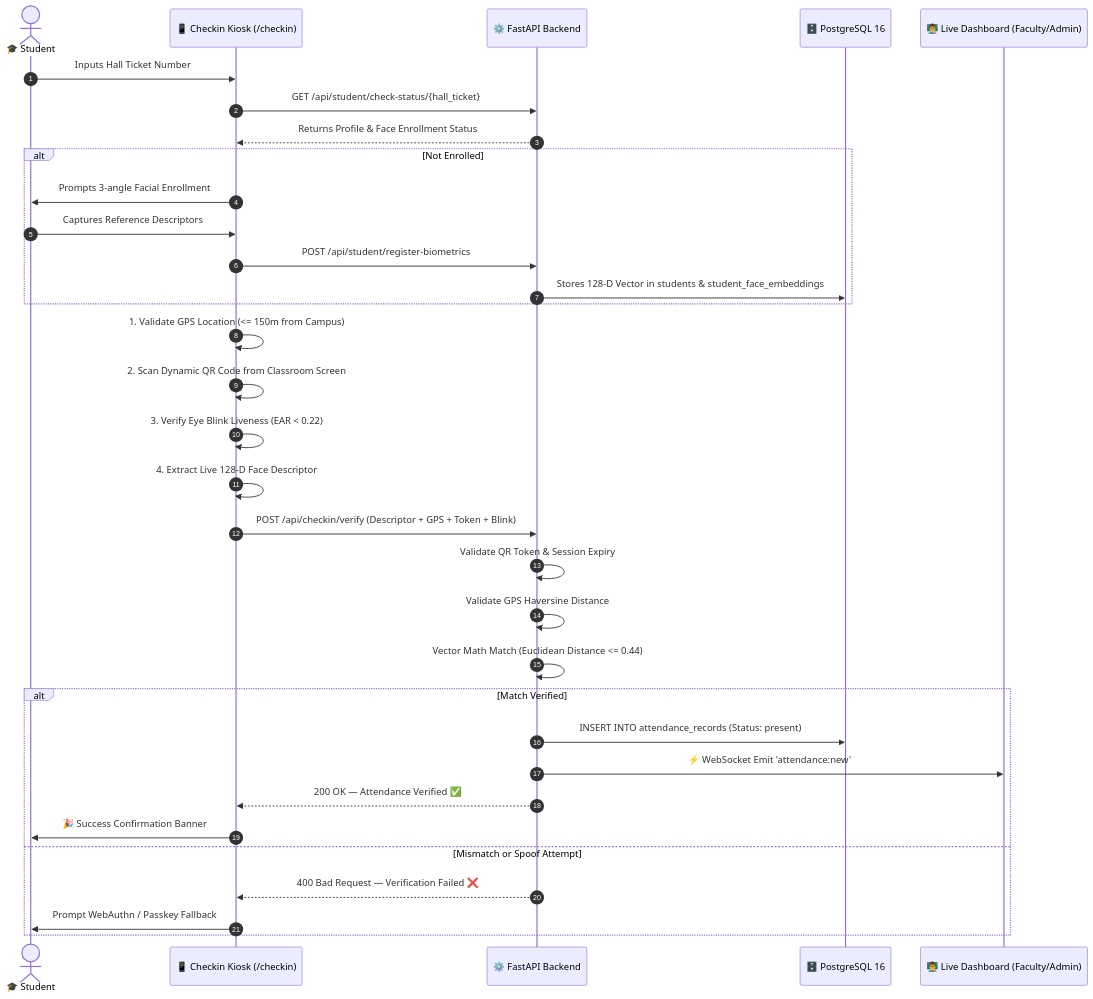
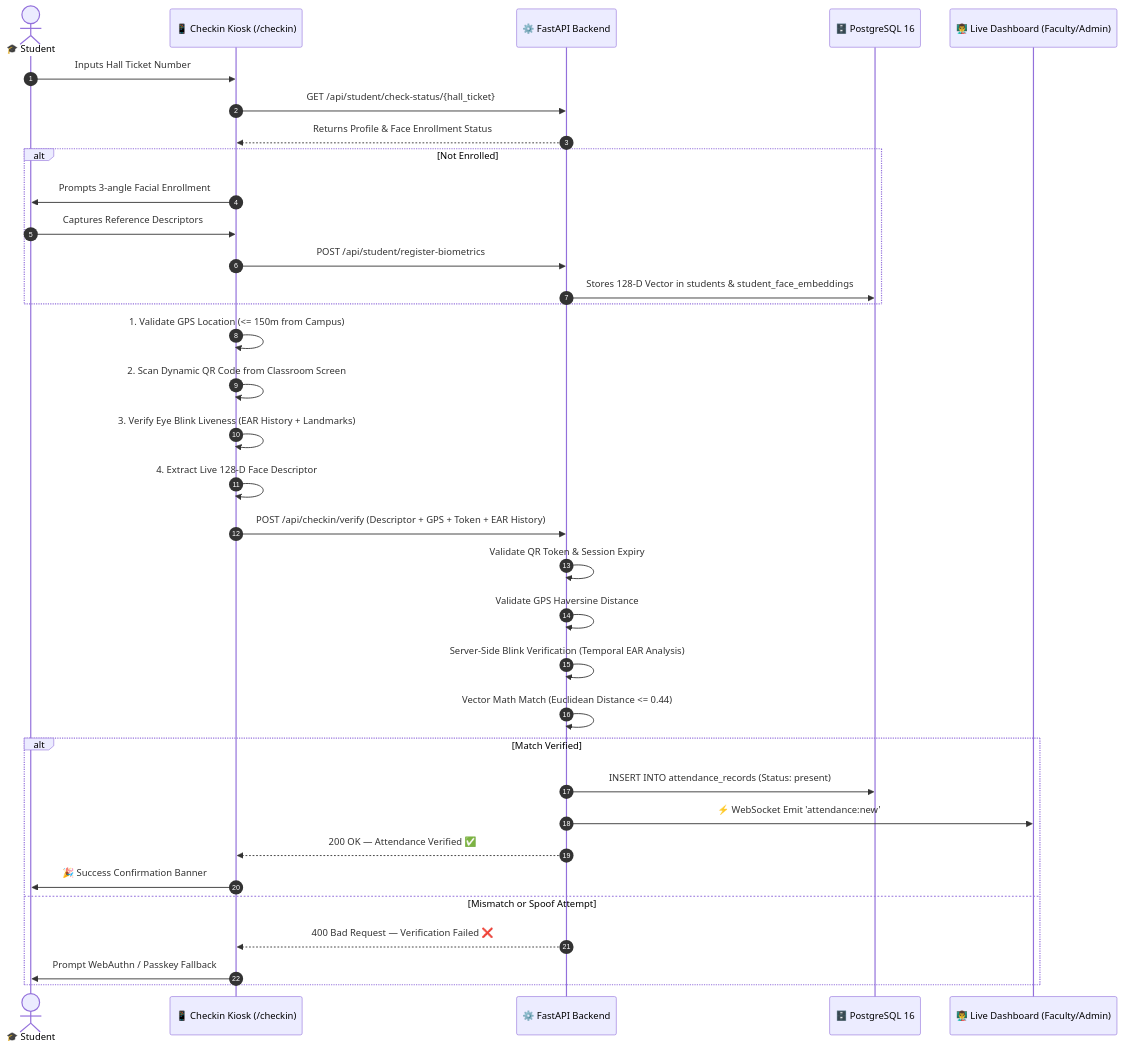
One commit to srikruthikapilla/smartattend-ai changed the second of 3 diagrams in README.md. Above: the diagram before and after it, drawn with Mermaid. The commit also changed other lines of this file and 1 other file, not shown here.

````diff
--- a/README.md
+++ b/README.md
@@ -133,40 +134,41 @@
 ```mermaid
 sequenceDiagram
     autonumber
     actor Student as 🎓 Student
     participant Kiosk as 📱 Checkin Kiosk (/checkin)
     participant API as ⚙️ FastAPI Backend
     participant DB as 🗄️ PostgreSQL 16
     participant Staff as 👨‍🏫 Live Dashboard (Faculty/Admin)
 
     Student->>Kiosk: Inputs Hall Ticket Number
     Kiosk->>API: GET /api/student/check-status/{hall_ticket}
     API-->>Kiosk: Returns Profile & Face Enrollment Status
 
     alt Not Enrolled
         Kiosk->>Student: Prompts 3-angle Facial Enrollment
         Student->>Kiosk: Captures Reference Descriptors
         Kiosk->>API: POST /api/student/register-biometrics
         API->>DB: Stores 128-D Vector in students & student_face_embeddings
     end
 
     Kiosk->>Kiosk: 1. Validate GPS Location (<= 150m from Campus)
     Kiosk->>Kiosk: 2. Scan Dynamic QR Code from Classroom Screen
-    Kiosk->>Kiosk: 3. Verify Eye Blink Liveness (EAR < 0.22)
+    Kiosk->>Kiosk: 3. Verify Eye Blink Liveness (EAR History + Landmarks)
     Kiosk->>Kiosk: 4. Extract Live 128-D Face Descriptor
 
-    Kiosk->>API: POST /api/checkin/verify (Descriptor + GPS + Token + Blink)
+    Kiosk->>API: POST /api/checkin/verify (Descriptor + GPS + Token + EAR History)
     API->>API: Validate QR Token & Session Expiry
     API->>API: Validate GPS Haversine Distance
+    API->>API: Server-Side Blink Verification (Temporal EAR Analysis)
     API->>API: Vector Math Match (Euclidean Distance <= 0.44)
     
     alt Match Verified
         API->>DB: INSERT INTO attendance_records (Status: present)
         API->>Staff: ⚡ WebSocket Emit 'attendance:new'
         API-->>Kiosk: 200 OK — Attendance Verified ✅
         Kiosk->>Student: 🎉 Success Confirmation Banner
     else Mismatch or Spoof Attempt
         API-->>Kiosk: 400 Bad Request — Verification Failed ❌
         Kiosk->>Student: Prompt WebAuthn / Passkey Fallback
     end
 ```
````
